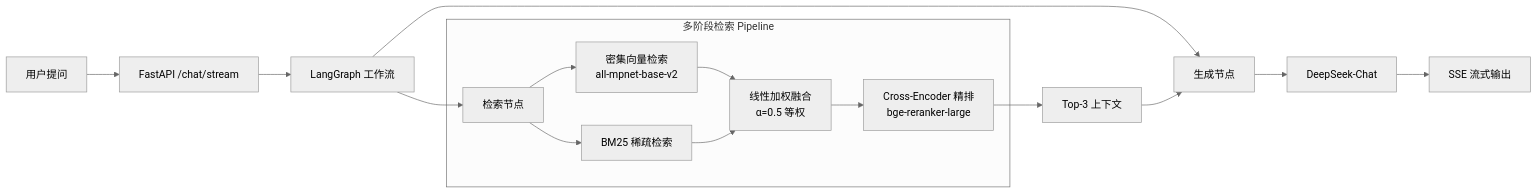
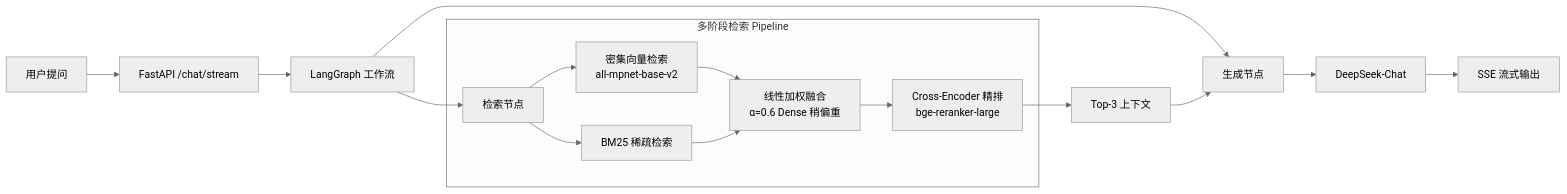
The diagram in README.md (miemie098/Miemie-Agent-RAG), drawn with Mermaid (neutral theme) before and after one commit. The commit also changed other lines of this file and 2 other files, not shown here.

````diff
--- a/README.md
+++ b/README.md
@@ -7,20 +7,20 @@
 ```mermaid
 flowchart LR
     User[用户提问] --> API[FastAPI /chat/stream]
     API --> Graph[LangGraph 工作流]
     Graph --> Retrieve[检索节点]
     Graph --> Generate[生成节点]
 
     subgraph Retrieval[多阶段检索 Pipeline]
         Retrieve --> Dense[密集向量检索<br/>all-mpnet-base-v2]
         Retrieve --> BM25[BM25 稀疏检索]
-        Dense --> Fusion[线性加权融合<br/>α=0.5 等权]
+        Dense --> Fusion[线性加权融合<br/>α=0.6 Dense 稍偏重]
         BM25 --> Fusion
         Fusion --> Rerank[Cross-Encoder 精排<br/>bge-reranker-large]
     end
 
     Rerank --> Context[Top-3 上下文]
     Context --> Generate
     Generate --> LLM[DeepSeek-Chat]
     LLM --> SSE[SSE 流式输出]
 ```
````
